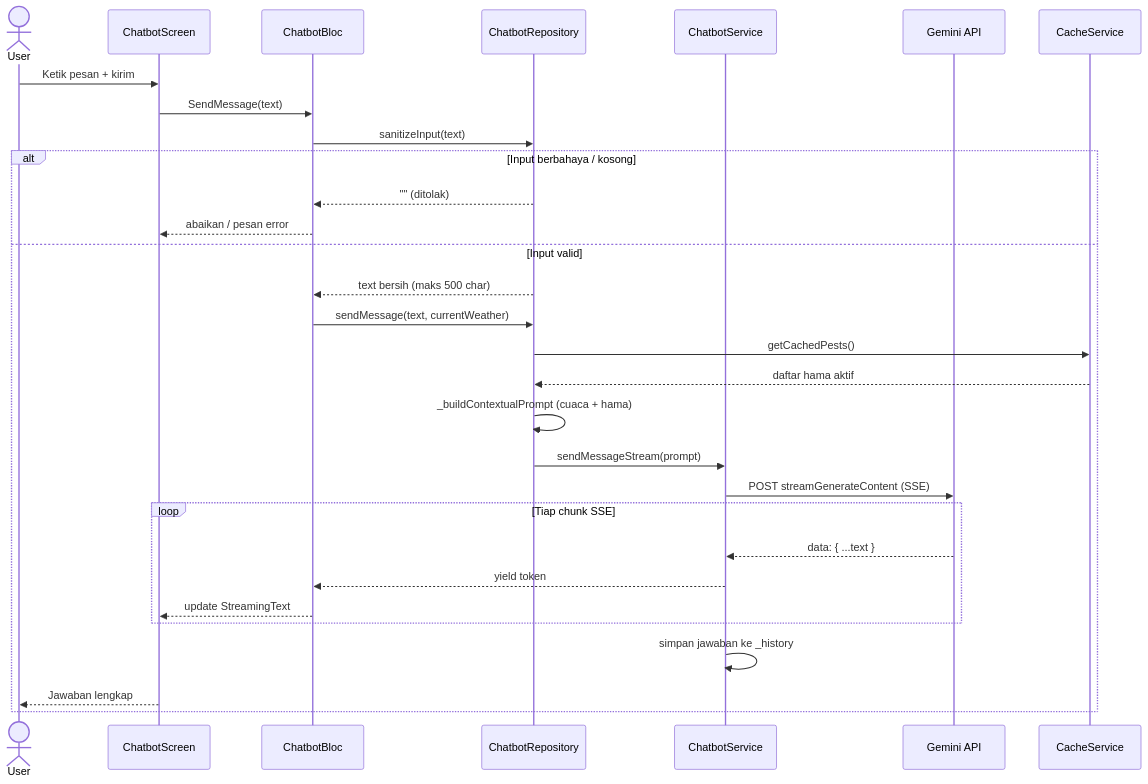
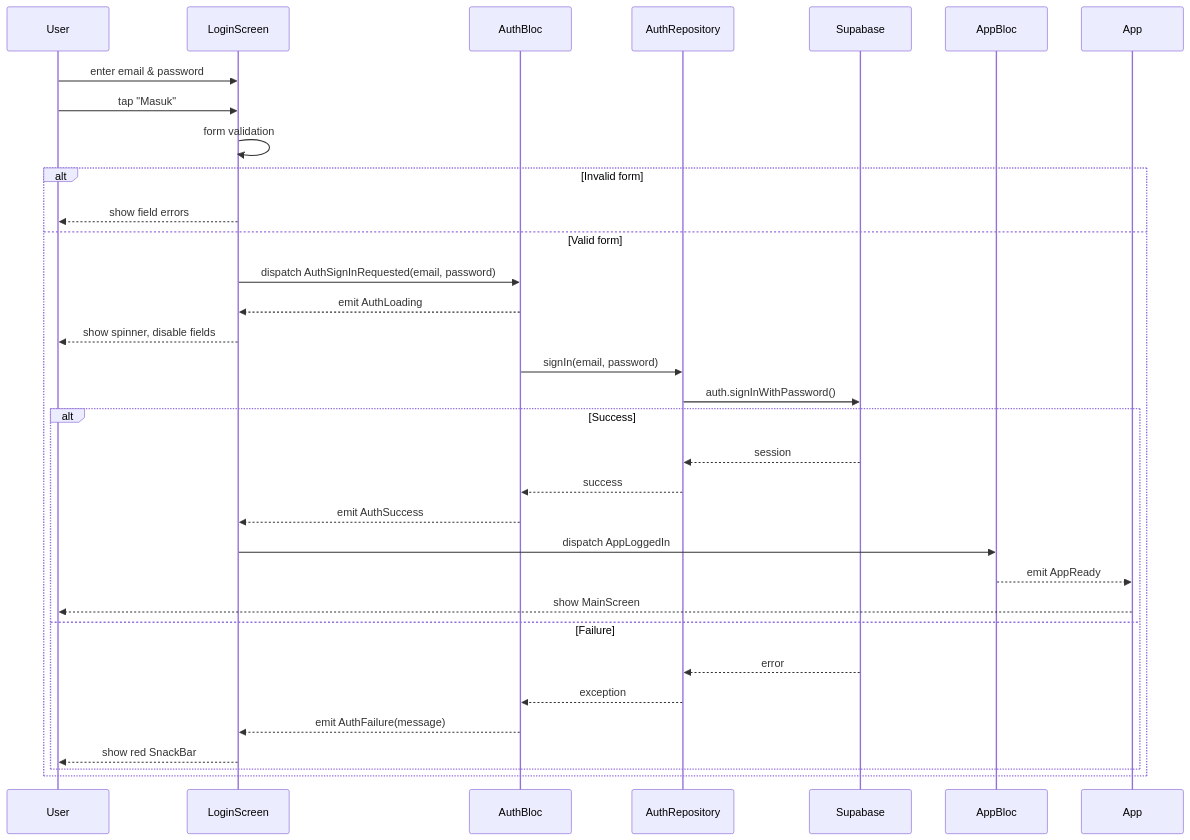
Before and after one commit to AffanShz/Petani-Maju-V.2: the second of 14 diagrams in docs/SEQUENCE_DIAGRAM.md, drawn with Mermaid. The commit also changed other lines of this file and 2 other files, not shown here.

Commit message:
docs: update system architecture and activity diagrams

````diff
--- a/docs/SEQUENCE_DIAGRAM.md
+++ b/docs/SEQUENCE_DIAGRAM.md
@@ -74,33 +77,35 @@
 ```mermaid
 sequenceDiagram
-    actor User
-    participant UI as ChatbotScreen
-    participant Bloc as ChatbotBloc
-    participant Repo as ChatbotRepository
-    participant Svc as ChatbotService
-    participant Gemini as Gemini API
-    participant Cache as CacheService
+    participant U as User
+    participant LS as LoginScreen
+    participant AuthB as AuthBloc
+    participant AR as AuthRepository
+    participant SB as Supabase
+    participant AB as AppBloc
 
-    User->>UI: Ketik pesan + kirim
-    UI->>Bloc: SendMessage(text)
-    Bloc->>Repo: sanitizeInput(text)
-    alt Input berbahaya / kosong
-        Repo-->>Bloc: "" (ditolak)
-        Bloc-->>UI: abaikan / pesan error
-    else Input valid
-        Repo-->>Bloc: text bersih (maks 500 char)
-        Bloc->>Repo: sendMessage(text, currentWeather)
-        Repo->>Cache: getCachedPests()
-        Cache-->>Repo: daftar hama aktif
-        Repo->>Repo: _buildContextualPrompt (cuaca + hama)
-        Repo->>Svc: sendMessageStream(prompt)
-        Svc->>Gemini: POST streamGenerateContent (SSE)
-        loop Tiap chunk SSE
-            Gemini-->>Svc: data: { ...text }
-            Svc-->>Bloc: yield token
-            Bloc-->>UI: update StreamingText
+    U->>LS: enter email & password
+    U->>LS: tap "Masuk"
+    LS->>LS: form validation
+    alt Invalid form
+        LS-->>U: show field errors
+    else Valid form
+        LS->>AuthB: dispatch AuthSignInRequested(email, password)
+        AuthB-->>LS: emit AuthLoading
+        LS-->>U: show spinner, disable fields
+        AuthB->>AR: signIn(email, password)
+        AR->>SB: auth.signInWithPassword()
+        alt Success
+            SB-->>AR: session
+            AR-->>AuthB: success
+            AuthB-->>LS: emit AuthSuccess
+            LS->>AB: dispatch AppLoggedIn
+            AB-->>App: emit AppReady
+            App-->>U: show MainScreen
+        else Failure
+            SB-->>AR: error
+            AR-->>AuthB: exception
+            AuthB-->>LS: emit AuthFailure(message)
+            LS-->>U: show red SnackBar
         end
-        Svc->>Svc: simpan jawaban ke _history
-        UI-->>User: Jawaban lengkap
     end
 ```
````
